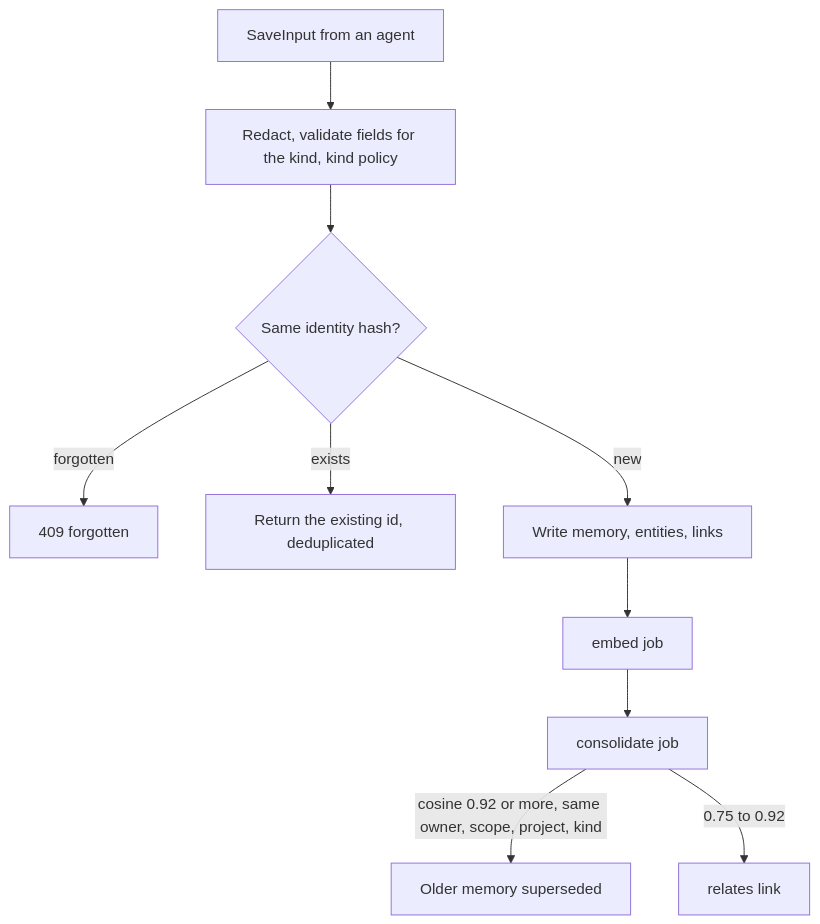
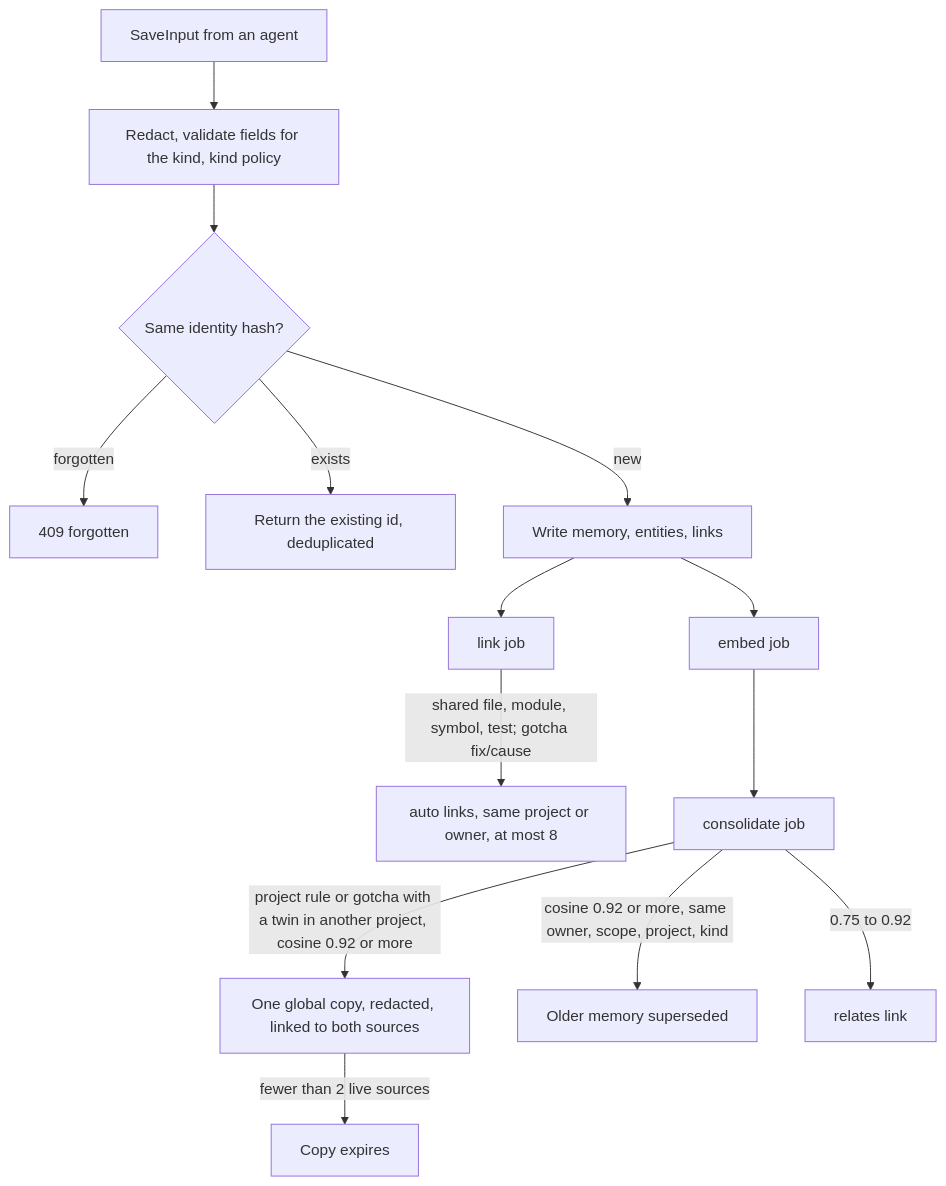
Before and after one commit to cunilab/cairn-memory: the third of 4 diagrams in docs/data-flow.md, drawn with Mermaid. The commit also changed other lines of this file and 39 other files, not shown here.

First line of the commit message:
v0.1.6 6b: entities, link job, save quality, consolidate guards, global promotion

````diff
--- a/docs/data-flow.md
+++ b/docs/data-flow.md
@@ -53,12 +53,16 @@
 ```mermaid
 flowchart TD
     Input[SaveInput from an agent] --> Prep[Redact, validate fields for the kind, kind policy]
     Prep --> Dup{Same identity hash?}
     Dup -->|forgotten| Reject[409 forgotten]
     Dup -->|exists| Same[Return the existing id, deduplicated]
     Dup -->|new| Write[Write memory, entities, links]
+    Write --> Link[link job]
+    Link -->|shared file, module, symbol, test; gotcha fix/cause| Auto[auto links, same project or owner, at most 8]
     Write --> Embed[embed job]
     Embed --> Consolidate[consolidate job]
+    Consolidate -->|project rule or gotcha with a twin in another project, cosine 0.92 or more| Promote[One global copy, redacted, linked to both sources]
+    Promote -->|fewer than 2 live sources| Withdraw[Copy expires]
     Consolidate -->|cosine 0.92 or more, same owner, scope, project, kind| Super[Older memory superseded]
     Consolidate -->|0.75 to 0.92| Relates[relates link]
 ```
````
